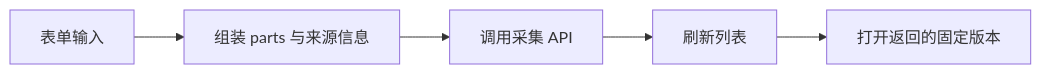
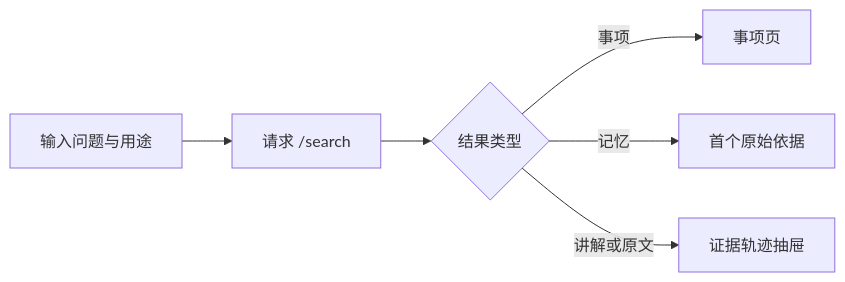
One commit to lejunyang/omem changed the diagram in .repo-review/knowledge/articles/da0e264957572bf35832a2327ed88508c6913c8ffb0323e87898adcffe262642.md. Above: the diagram before and after it, drawn with Mermaid. The commit also changed other lines of this file and 20 other files, not shown here.

````diff
--- a/.repo-review/knowledge/articles/da0e264957572bf35832a2327ed88508c6913c8ffb0323e87898adcffe262642.md
+++ b/.repo-review/knowledge/articles/da0e264957572bf35832a2327ed88508c6913c8ffb0323e87898adcffe262642.md
@@ -19,7 +19,8 @@
 ```mermaid
 flowchart LR
-  A[表单输入] --> B[组装 parts 与来源信息]
-  B --> C[调用采集 API]
-  C --> D[刷新列表]
-  D --> E[打开返回的固定版本]
+  A[输入问题与用途] --> B[请求 /search]
+  B --> C{结果类型}
+  C -->|事项| D[事项页]
+  C -->|记忆| E[首个原始依据]
+  C -->|讲解或原文| F[证据轨迹抽屉]
 ```
````
